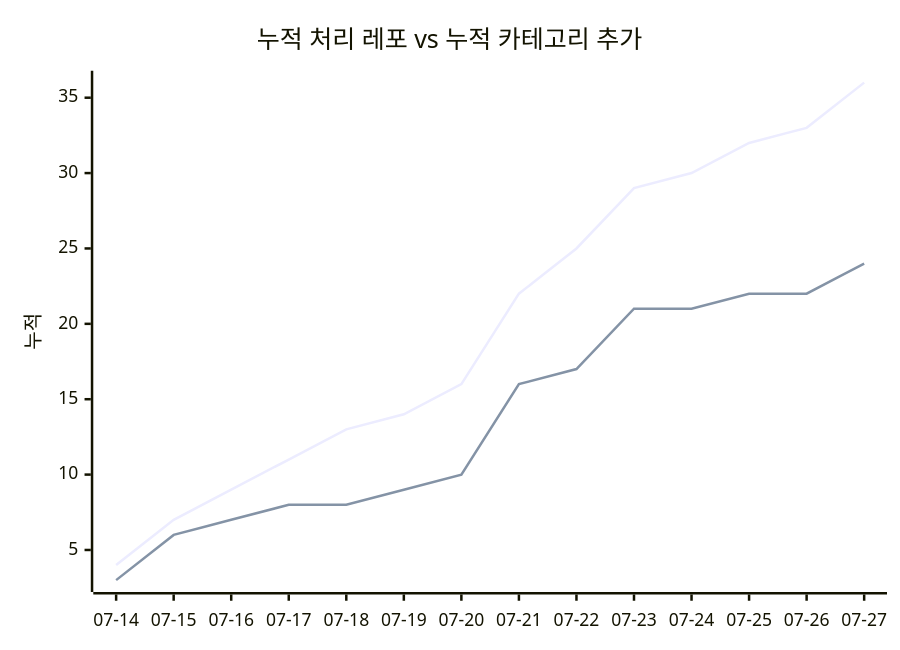
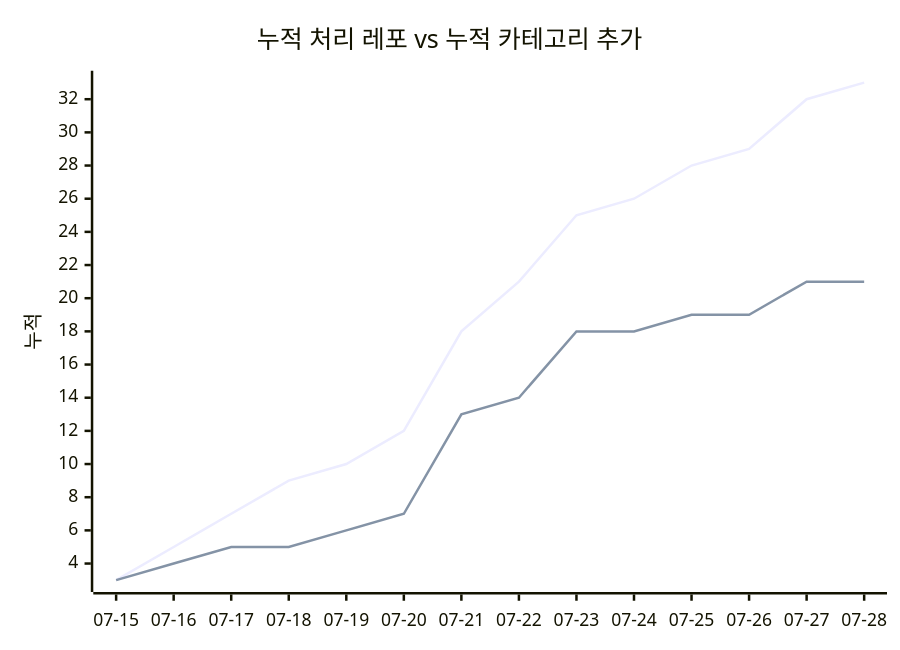
One commit to J-nowcow/awesome-korean-agent-skills changed the second of 2 diagrams in docs/trends.md. Above: the diagram before and after it, drawn with Mermaid. The commit also changed other lines of this file and 2 other files, not shown here.

````diff
--- a/docs/trends.md
+++ b/docs/trends.md
@@ -68,8 +68,8 @@
 ```mermaid
 xychart-beta
     title "누적 처리 레포 vs 누적 카테고리 추가"
-    x-axis ["07-14","07-15","07-16","07-17","07-18","07-19","07-20","07-21","07-22","07-23","07-24","07-25","07-26","07-27"]
+    x-axis ["07-15","07-16","07-17","07-18","07-19","07-20","07-21","07-22","07-23","07-24","07-25","07-26","07-27","07-28"]
     y-axis "누적"
-    line [4,7,9,11,13,14,16,22,25,29,30,32,33,36]
-    line [3,6,7,8,8,9,10,16,17,21,21,22,22,24]
+    line [3,5,7,9,10,12,18,21,25,26,28,29,32,33]
+    line [3,4,5,5,6,7,13,14,18,18,19,19,21,21]
 ```
````
